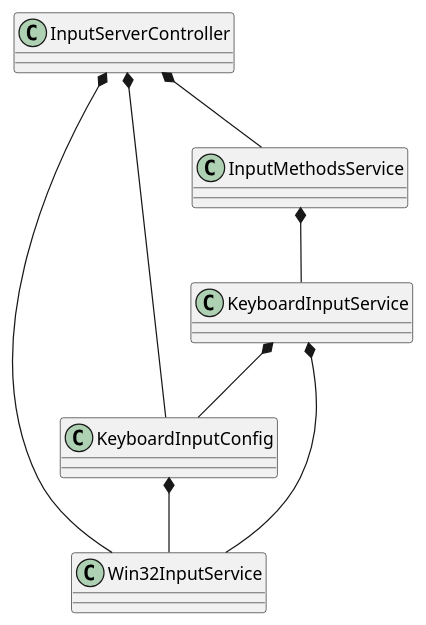
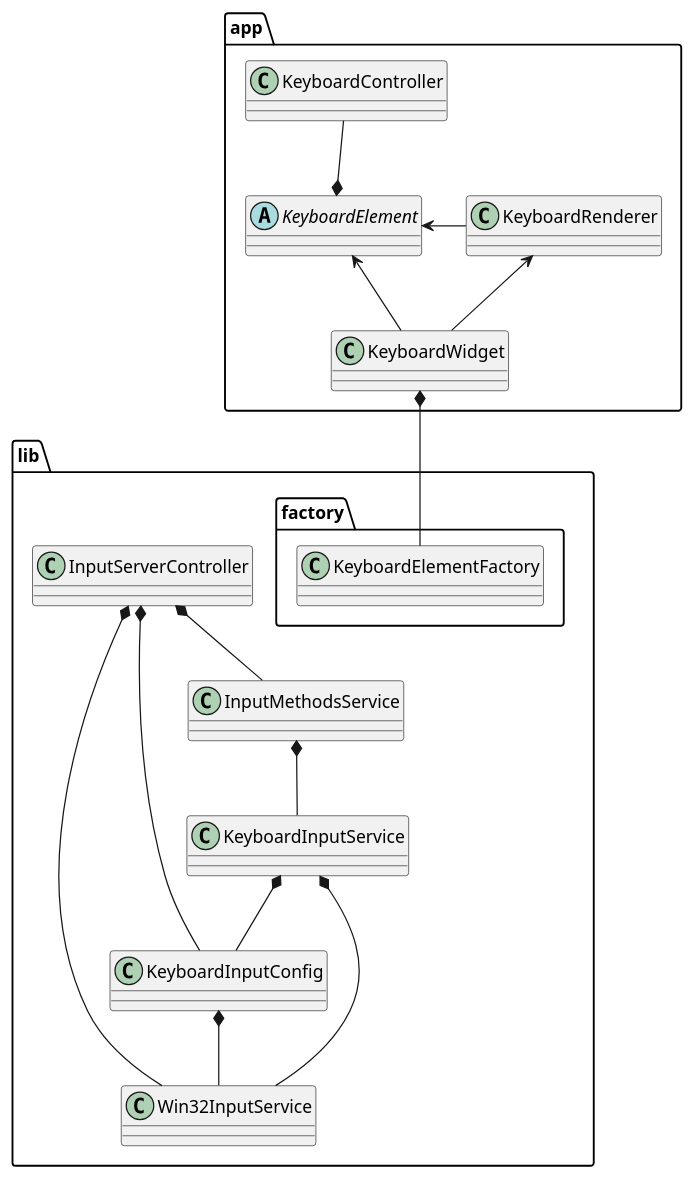
Before and after one commit to falleng0d/remoteinputserver: the diagram in architecture/services.puml, drawn with PlantUML. The commit also changed other lines of this file, not shown here.

Commit message:
chore(arch): services.puml

```diff
--- a/architecture/services.puml
+++ b/architecture/services.puml
@@ -30,20 +1,41 @@
 @startuml
 
-class KeyboardInputConfig
-class Win32InputService
-class KeyboardInputService
-class InputMethodsService
-class InputServerController
+package lib {
+	class KeyboardInputConfig
+	class Win32InputService
+	class KeyboardInputService
+	class InputMethodsService
+	class InputServerController
 
-KeyboardInputService *-- Win32InputService
-KeyboardInputService *-- KeyboardInputConfig
+	KeyboardInputService *-- Win32InputService
+	KeyboardInputService *-- KeyboardInputConfig
 
-InputMethodsService *-- KeyboardInputService
-InputServerController *-- KeyboardInputConfig
+	InputMethodsService *-- KeyboardInputService
+	InputServerController *-- KeyboardInputConfig
 
-KeyboardInputConfig *-- Win32InputService
+	KeyboardInputConfig *-- Win32InputService
 
-InputServerController *-- Win32InputService
-InputServerController *-- InputMethodsService
+	InputServerController *-- Win32InputService
+	InputServerController *-- InputMethodsService
+}
+
+package lib.factory {
+	class KeyboardElementFactory
+}
+
+package app {
+	class KeyboardRenderer
+	class KeyboardWidget
+	class KeyboardController
+	abstract class KeyboardElement
+
+	KeyboardRenderer <-- KeyboardWidget
+	KeyboardWidget *-- KeyboardElementFactory
+
+	KeyboardController --* KeyboardElement
+	KeyboardElement <-- KeyboardWidget
+	KeyboardElement <- KeyboardRenderer
+}
+
 
 @enduml
```
